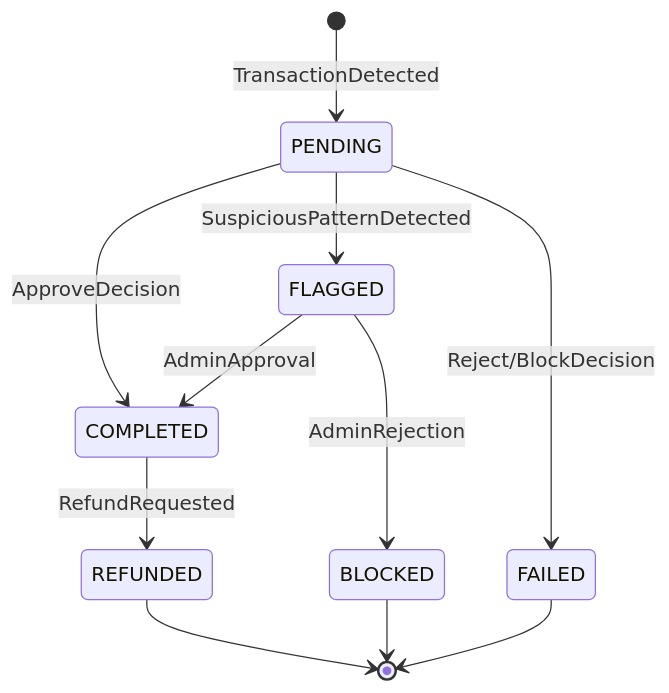
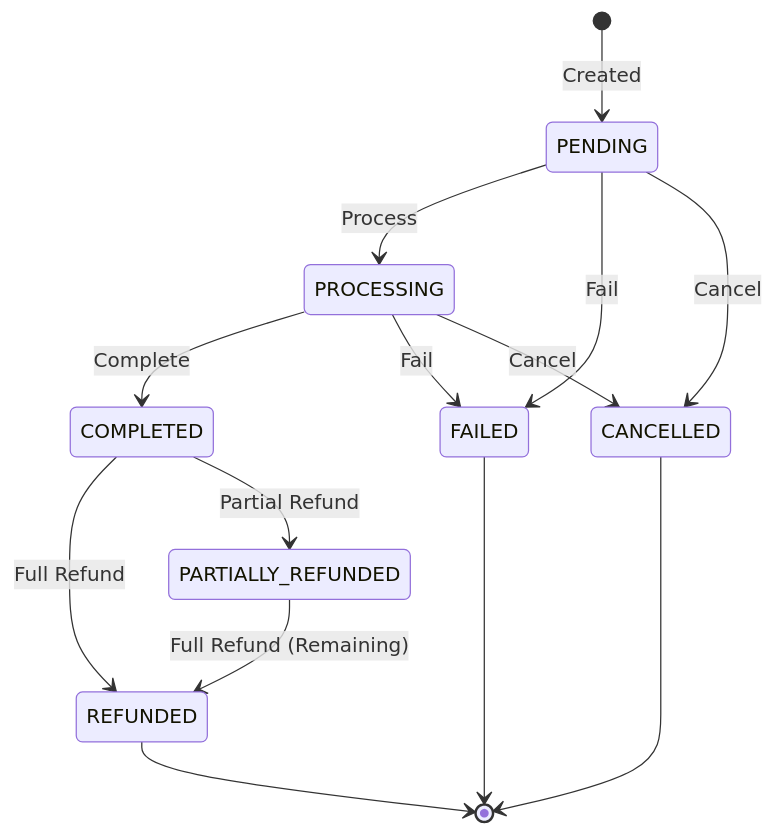
Before and after one commit to maysar-014/maysar-express-backend: the diagram in services/payment-service/docs/modeling/state-machines/transaction-status.mmd, drawn with Mermaid. The commit also changed 64 other files, not shown here.

```diff
--- a/services/payment-service/docs/modeling/state-machines/transaction-status.mmd
+++ b/services/payment-service/docs/modeling/state-machines/transaction-status.mmd
@@ -1,11 +1,14 @@
 stateDiagram-v2
-    [*] --> PENDING : TransactionDetected
-    PENDING --> COMPLETED : ApproveDecision
-    PENDING --> FAILED : Reject/BlockDecision
-    PENDING --> FLAGGED : SuspiciousPatternDetected
-    FLAGGED --> COMPLETED : AdminApproval
-    FLAGGED --> BLOCKED : AdminRejection
-    COMPLETED --> REFUNDED : RefundRequested
+    [*] --> PENDING : Created
+    PENDING --> PROCESSING : Process
+    PENDING --> FAILED : Fail
+    PENDING --> CANCELLED : Cancel
+    PROCESSING --> COMPLETED : Complete
+    PROCESSING --> FAILED : Fail
+    PROCESSING --> CANCELLED : Cancel
+    COMPLETED --> REFUNDED : Full Refund
+    COMPLETED --> PARTIALLY_REFUNDED : Partial Refund
+    PARTIALLY_REFUNDED --> REFUNDED : Full Refund (Remaining)
     REFUNDED --> [*]
-    BLOCKED --> [*]
     FAILED --> [*]
+    CANCELLED --> [*]
```
